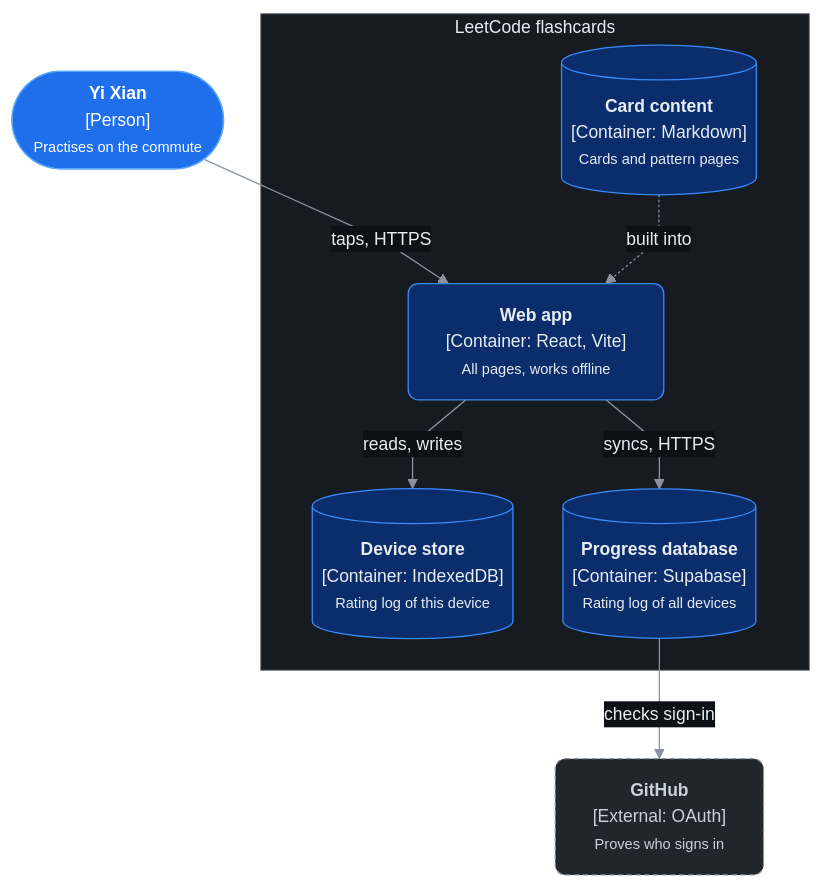
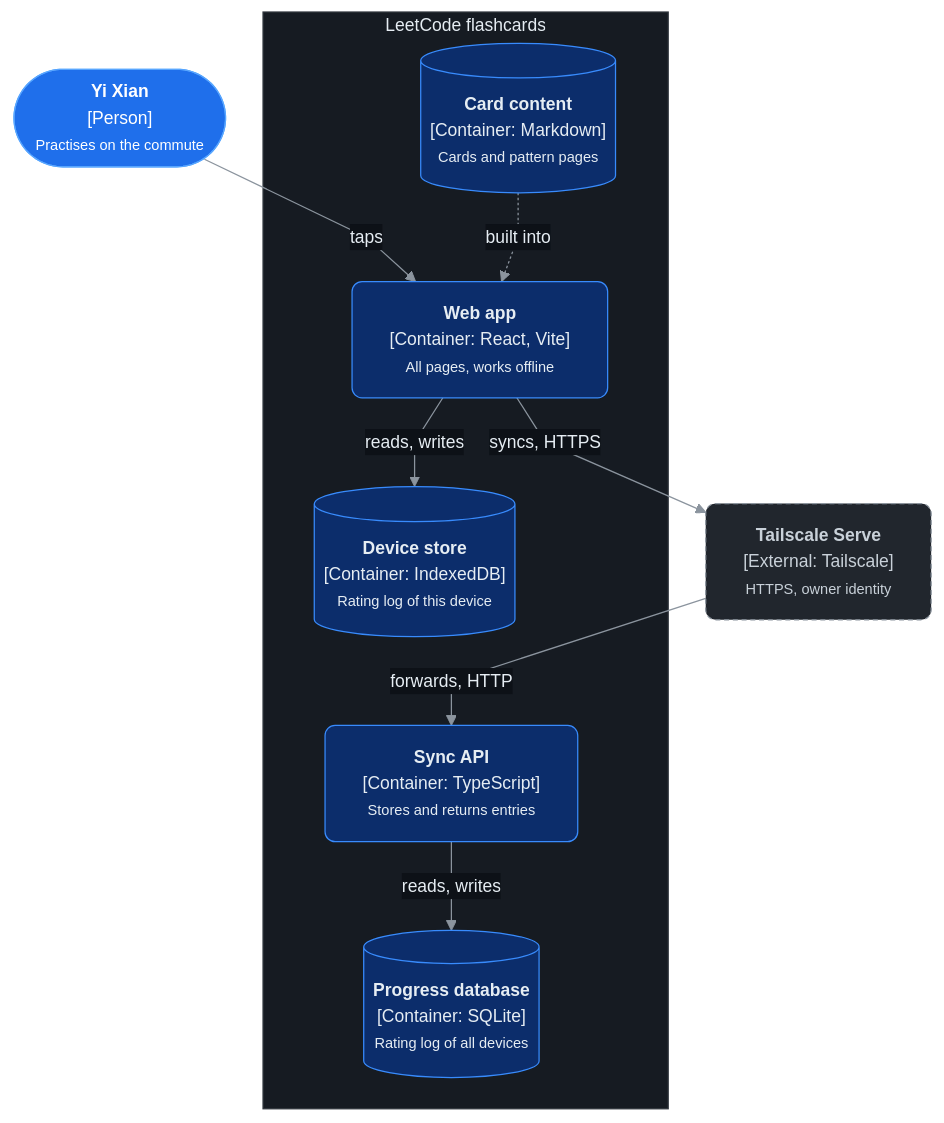
Before and after one commit to lyeyixian/leetcode-flashcards: the second of 2 diagrams in docs/architecture/README.md, drawn with Mermaid. The commit also changed other lines of this file and 6 other files, not shown here.

First line of the commit message:
docs(architecture): redraw for the home server, Tailscale and the Sync API

````diff
--- a/docs/architecture/README.md
+++ b/docs/architecture/README.md
@@ -46,27 +47,29 @@
 ```mermaid
 %%{init: {"theme":"base","themeVariables":{"fontFamily":"system-ui, sans-serif","fontSize":"14px","lineColor":"#8b949e","clusterBkg":"#161b22","clusterBorder":"#30363d","edgeLabelBackground":"#0d1117","primaryTextColor":"#e6edf3","titleColor":"#e6edf3"},"flowchart":{"curve":"linear","nodeSpacing":40,"rankSpacing":50}}}%%
 flowchart TB
     user(["<b>Yi Xian</b><br/>[Person]<br/><small>Practises on the commute</small>"]):::person
 
     subgraph system["LeetCode flashcards"]
         content[("<b>Card content</b><br/>[Container: Markdown]<br/><small>Cards and pattern pages</small>")]:::store
         app["<b>Web app</b><br/>[Container: React, Vite]<br/><small>All pages, works offline</small>"]:::container
         local[("<b>Device store</b><br/>[Container: IndexedDB]<br/><small>Rating log of this device</small>")]:::store
-        db[("<b>Progress database</b><br/>[Container: Supabase]<br/><small>Rating log of all devices</small>")]:::store
+        api["<b>Sync API</b><br/>[Container: TypeScript]<br/><small>Stores and returns entries</small>"]:::container
+        db[("<b>Progress database</b><br/>[Container: SQLite]<br/><small>Rating log of all devices</small>")]:::store
     end
 
-    github["<b>GitHub</b><br/>[External: OAuth]<br/><small>Proves who signs in</small>"]:::external
+    ts["<b>Tailscale Serve</b><br/>[External: Tailscale]<br/><small>HTTPS, owner identity</small>"]:::external
 
-    user -- "taps, HTTPS" --> app
+    user -- "taps" --> app
     content -. "built into" .-> app
     app -- "reads, writes" --> local
-    app -- "syncs, HTTPS" --> db
-    db -- "checks sign-in" --> github
+    app -- "syncs, HTTPS" --> ts
+    ts -- "forwards, HTTP" --> api
+    api -- "reads, writes" --> db
 
     classDef person fill:#1f6feb,stroke:#58a6ff,color:#ffffff,rx:8,ry:8
     classDef system fill:#1f6feb,stroke:#58a6ff,color:#ffffff,rx:8,ry:8
     classDef container fill:#0c2d6b,stroke:#388bfd,color:#e6edf3,rx:8,ry:8
     classDef component fill:#0c2d6b,stroke:#388bfd,color:#e6edf3,rx:8,ry:8
     classDef store fill:#0c2d6b,stroke:#388bfd,color:#e6edf3
     classDef external fill:#21262d,stroke:#8b949e,color:#c9d1d9,stroke-dasharray:4 3,rx:8,ry:8
 ```
````
